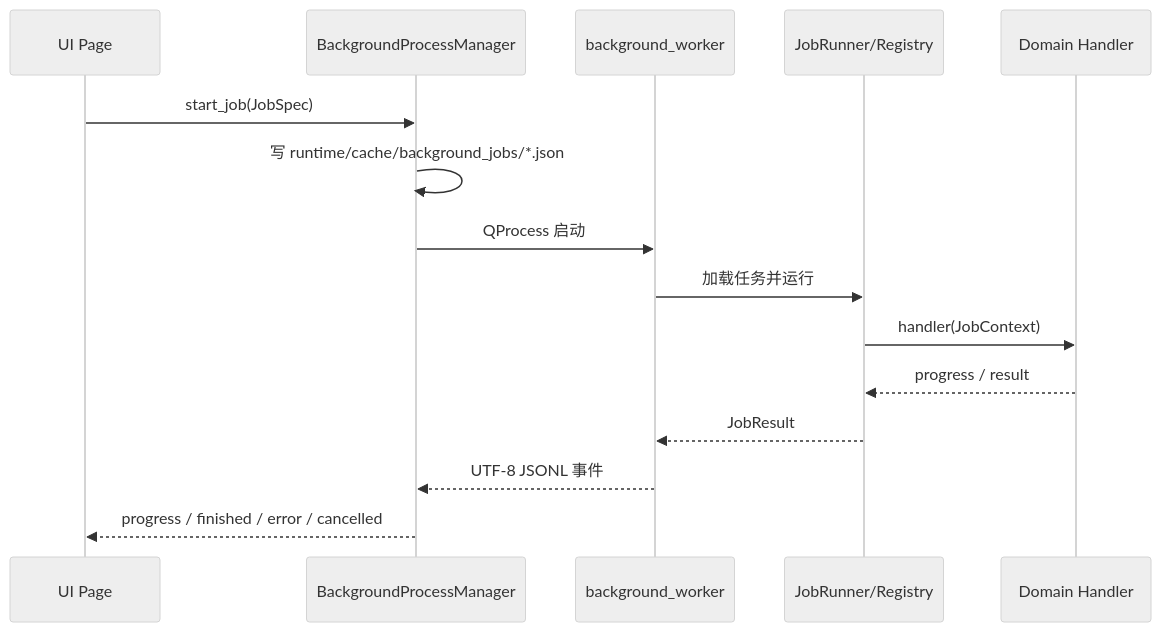
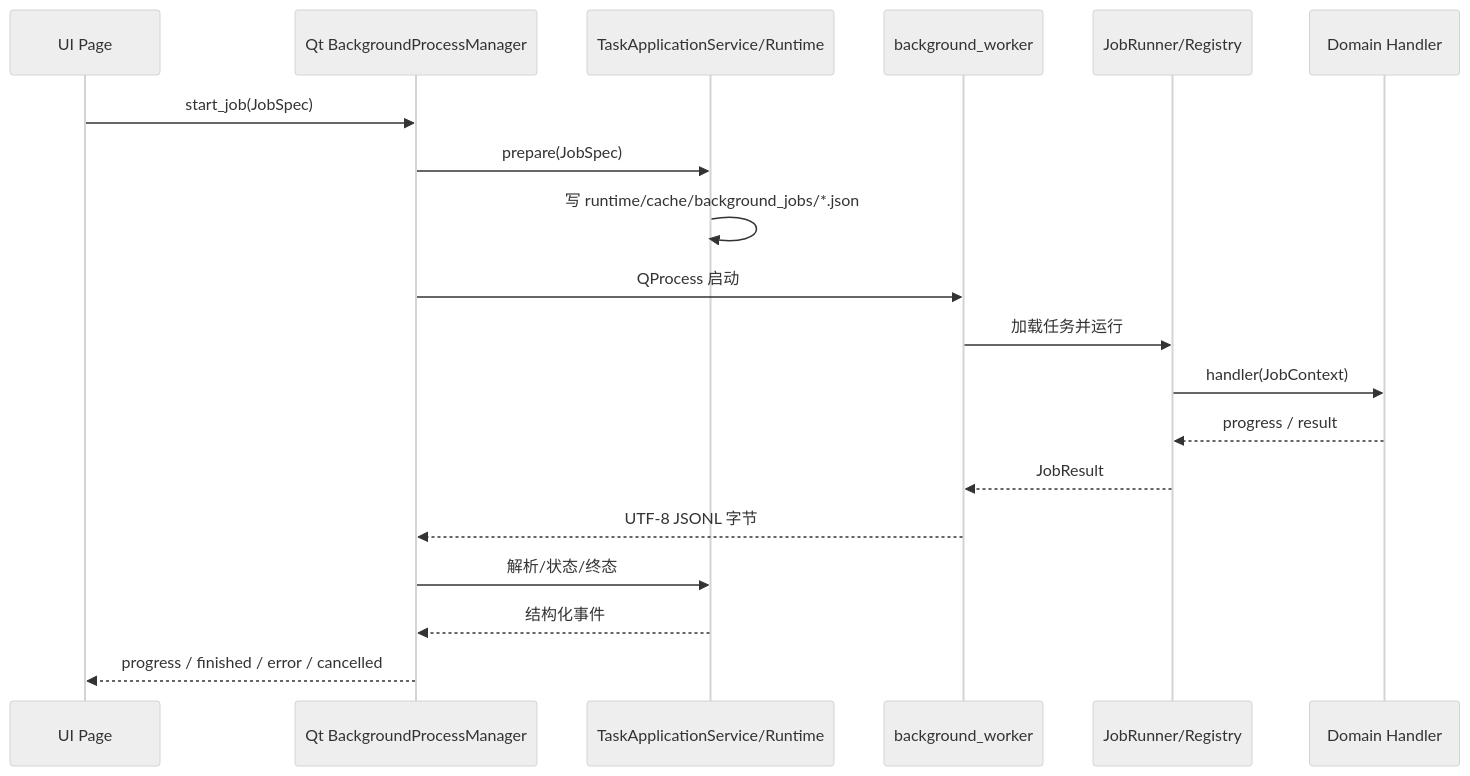
One commit to wxj183589/NetConsole changed the third of 6 diagrams in docs/ARCHITECTURE.md. Above: the diagram before and after it, drawn with Mermaid (neutral theme). The commit also changed other lines of this file and 63 other files, not shown here.

````diff
--- a/docs/ARCHITECTURE.md
+++ b/docs/ARCHITECTURE.md
@@ -54,17 +55,21 @@
 ```mermaid
 sequenceDiagram
     participant P as UI Page
-    participant M as BackgroundProcessManager
+    participant M as Qt BackgroundProcessManager
+    participant T as TaskApplicationService/Runtime
     participant W as background_worker
     participant R as JobRunner/Registry
     participant H as Domain Handler
     P->>M: start_job(JobSpec)
-    M->>M: 写 runtime/cache/background_jobs/*.json
+    M->>T: prepare(JobSpec)
+    T->>T: 写 runtime/cache/background_jobs/*.json
     M->>W: QProcess 启动
     W->>R: 加载任务并运行
     R->>H: handler(JobContext)
     H-->>R: progress / result
     R-->>W: JobResult
-    W-->>M: UTF-8 JSONL 事件
+    W-->>M: UTF-8 JSONL 字节
+    M->>T: 解析/状态/终态
+    T-->>M: 结构化事件
     M-->>P: progress / finished / error / cancelled
 ```
````
